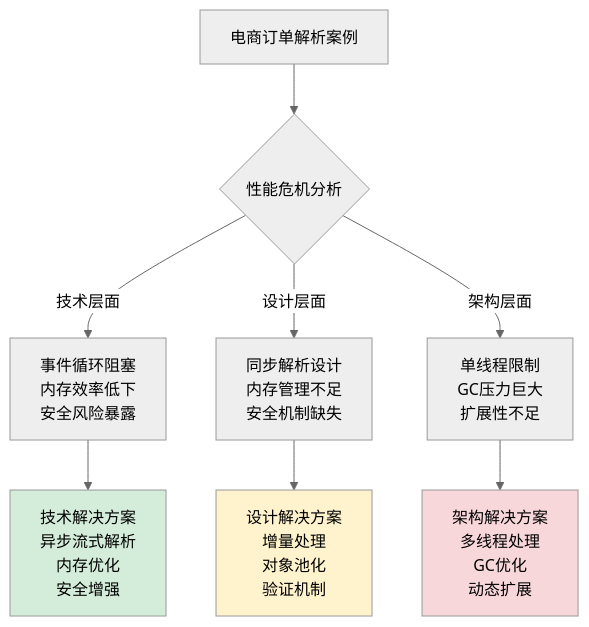
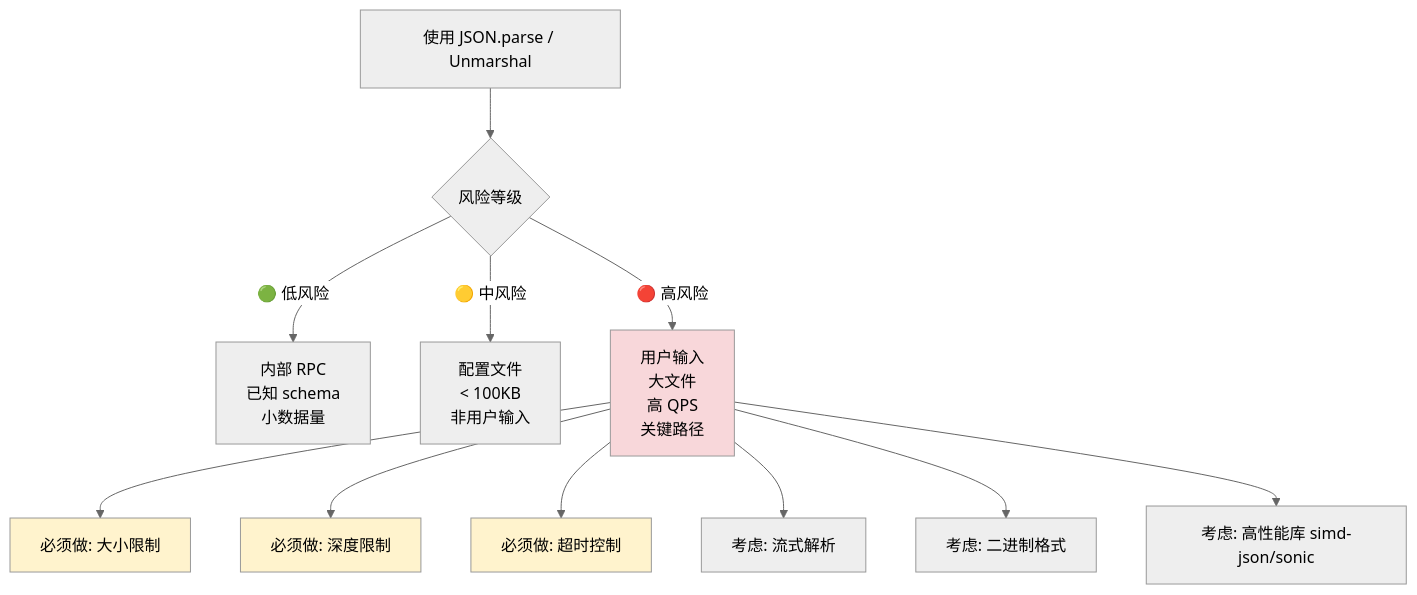
One commit to chongyang211/YCBookBlog changed the second of 21 diagrams in 00.通用技术的提升/02.程序编程原理/06.数据解析设计思想.md. Above: the diagram before and after it, drawn with Mermaid (neutral theme). The commit also changed other lines of this file and 5 other files, not shown here.

````diff
--- a/00.通用技术的提升/02.程序编程原理/06.数据解析设计思想.md
+++ b/00.通用技术的提升/02.程序编程原理/06.数据解析设计思想.md
@@ -212,15 +328,20 @@
 ```mermaid
-graph TB
-    A[电商订单解析案例] --> B{性能危机分析}
-    B -->|技术层面| C[事件循环阻塞<br/>内存效率低下<br/>安全风险暴露]
-    B -->|设计层面| D[同步解析设计<br/>内存管理不足<br/>安全机制缺失]
-    B -->|架构层面| E[单线程限制<br/>GC压力巨大<br/>扩展性不足]
-    
-    C --> C1[技术解决方案<br/>异步流式解析<br/>内存优化<br/>安全增强]
-    D --> D1[设计解决方案<br/>增量处理<br/>对象池化<br/>验证机制]
-    E --> E1[架构解决方案<br/>多线程处理<br/>GC优化<br/>动态扩展]
-    
-    style C1 fill:#d4edda
-    style D1 fill:#fff3cd
-    style E1 fill:#f8d7da
+flowchart TD
+    A[使用 JSON.parse / Unmarshal] --> B{风险等级}
+
+    B -->|🟢 低风险| C[内部 RPC<br/>已知 schema<br/>小数据量]
+    B -->|🟡 中风险| D[配置文件<br/>< 100KB<br/>非用户输入]
+    B -->|🔴 高风险| E[用户输入<br/>大文件<br/>高 QPS<br/>关键路径]
+
+    E --> F1[必须做: 大小限制]
+    E --> F2[必须做: 深度限制]
+    E --> F3[必须做: 超时控制]
+    E --> F4[考虑: 流式解析]
+    E --> F5[考虑: 二进制格式]
+    E --> F6[考虑: 高性能库 simd-json/sonic]
+
+    style E fill:#f8d7da
+    style F1 fill:#fff3cd
+    style F2 fill:#fff3cd
+    style F3 fill:#fff3cd
 ```
````
